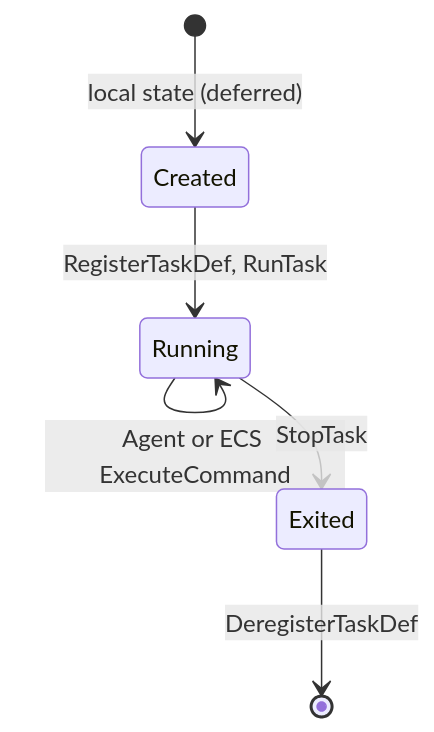
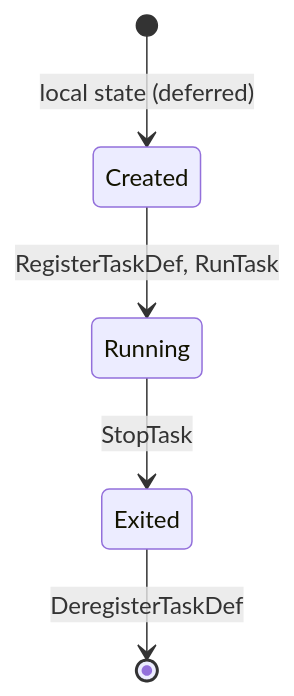
Before and after one commit to e6qu/sockerless: the sixth of 19 diagrams in ARCHITECTURE.md, drawn with Mermaid. The commit also changed other lines of this file, not shown here.

First line of the commit message:
Remove self-transition arrows from state diagrams

````diff
--- a/ARCHITECTURE.md
+++ b/ARCHITECTURE.md
@@ -160,8 +160,7 @@
 ```mermaid
 stateDiagram-v2
     [*] --> Created: local state (deferred)
     Created --> Running: RegisterTaskDef, RunTask
-    Running --> Running: Agent or ECS ExecuteCommand
     Running --> Exited: StopTask
     Exited --> [*]: DeregisterTaskDef
 ```
````
